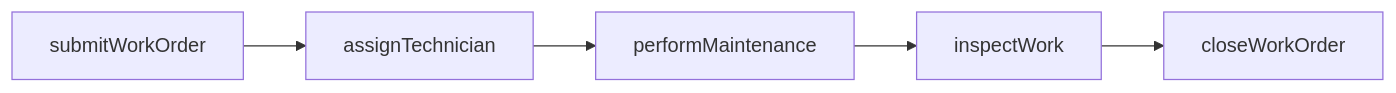
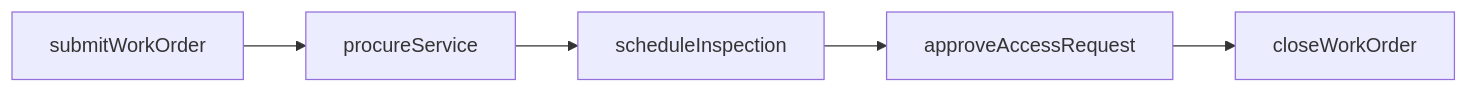
The first of 2 diagrams in FacilitiesAssets/FacilitiesManagement.mdx (dot-org-ai/departments.org.ai), drawn with Mermaid before and after one commit. The commit also changed other lines of this file and 14 other files, not shown here.

````diff
--- a/FacilitiesAssets/FacilitiesManagement.mdx
+++ b/FacilitiesAssets/FacilitiesManagement.mdx
@@ -80,7 +80,7 @@
 ```mermaid
 graph LR
-  submitWorkOrder --> assignTechnician
-  assignTechnician --> performMaintenance
-  performMaintenance --> inspectWork
-  inspectWork --> closeWorkOrder
+  submitWorkOrder --> procureService
+  procureService --> scheduleInspection
+  scheduleInspection --> approveAccessRequest
+  approveAccessRequest --> closeWorkOrder
 ```
````
